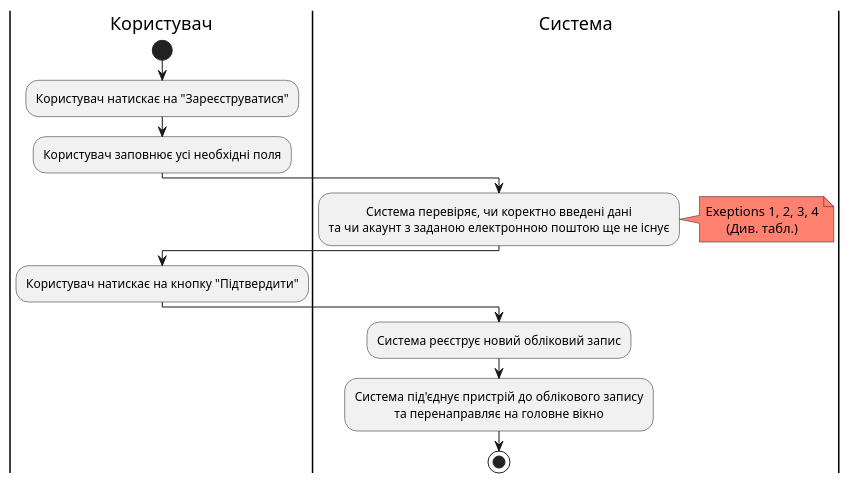
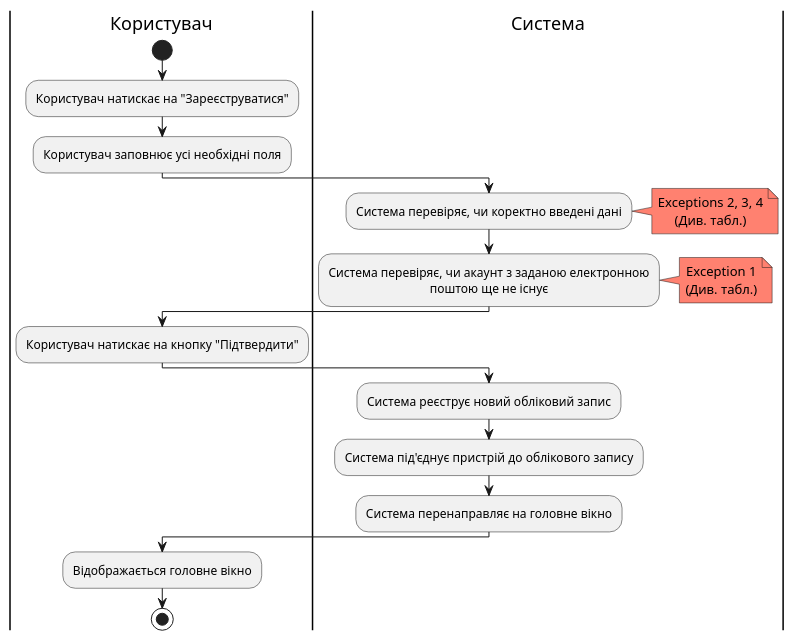
One commit to generalmaks/db_labs changed the first of 3 diagrams in docs/use_cases.md. Above: the diagram before and after it, drawn with PlantUML. The commit also changed other lines of this file, not shown here.

Commit message:
some fixes in diagram CreateUserAccount

````diff
--- a/docs/use_cases.md
+++ b/docs/use_cases.md
@@ -31,29 +30,37 @@
 ```plantuml
 @startuml
 |Користувач|
 start
 skinparam defaultTextAlignment center
 
 |Користувач|
 :Користувач натискає на "Зареєструватися";
 :Користувач заповнює усі необхідні поля;
 
 |Система|
-:Система перевіряє, чи коректно введені дані 
-та чи акаунт з заданою електронною поштою ще не існує;
+:Система перевіряє, чи коректно введені дані;
 note right #ff8170
-Exeptions 1, 2, 3, 4
+Exceptions 2, 3, 4
+(Див. табл.)
+end note
+
+:Система перевіряє, чи акаунт з заданою електронною 
+поштою ще не існує;
+note right #ff8170
+Exception 1
 (Див. табл.)
 end note
 
 |Користувач|
 :Користувач натискає на кнопку "Підтвердити";
 
 |Система|
 :Система реєструє новий обліковий запис;
-:Система під'єднує пристрій до облікового запису 
-та перенаправляє на головне вікно;
+:Система під'єднує пристрій до облікового запису; 
+:Система перенаправляє на головне вікно;
 
+|Користувач|
+:Відображається головне вікно;
 stop
 @enduml
 ```
````
